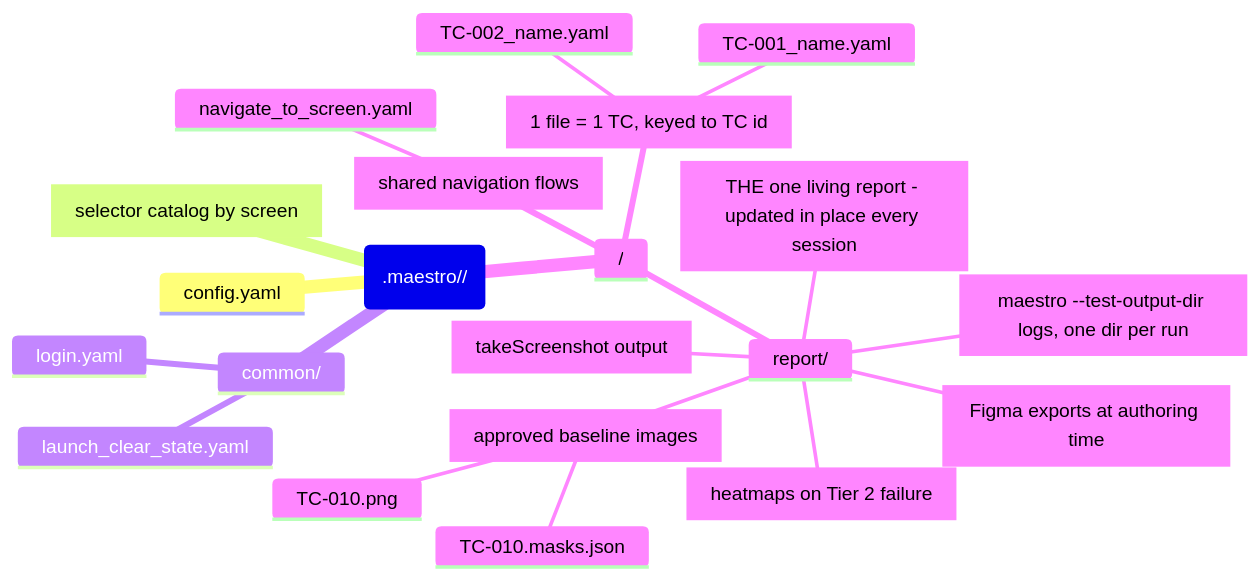
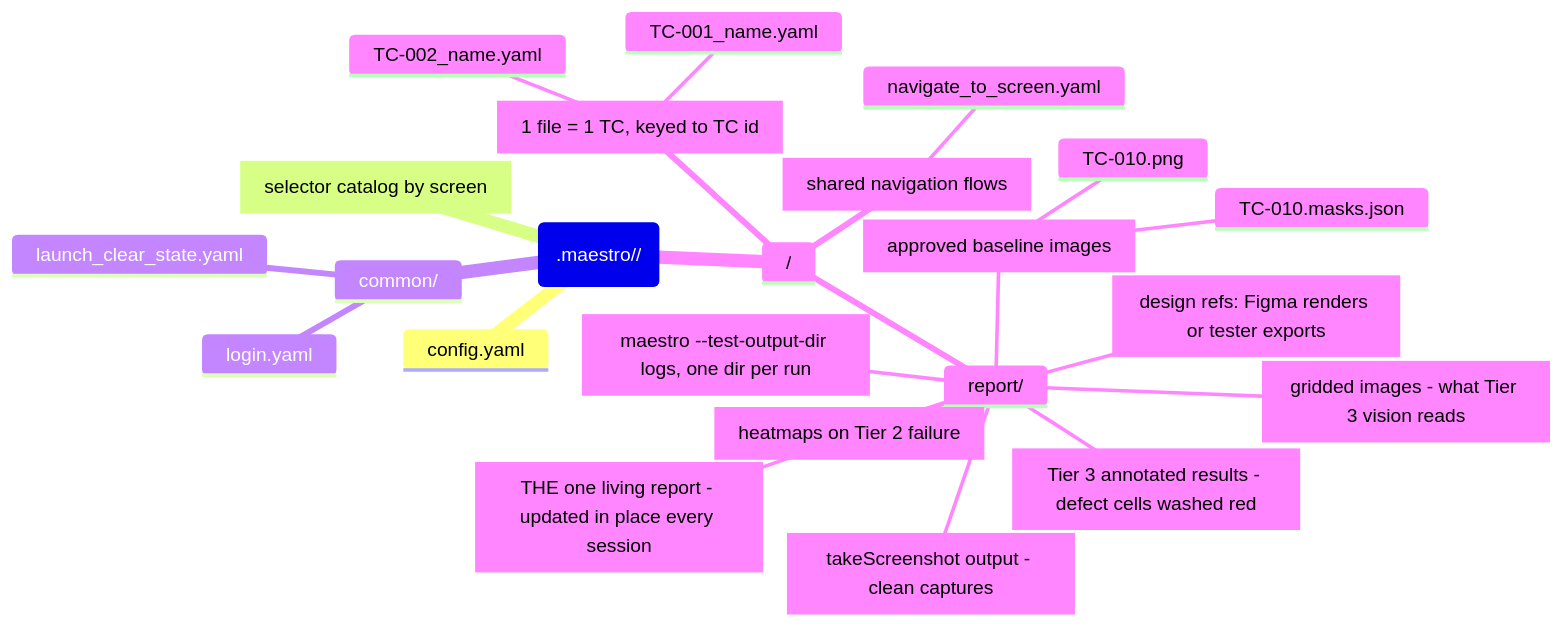
Before and after one commit to anhdo9797/my_skills: the ninth of 11 diagrams in maestro-test-executor/DOC.md, drawn with Mermaid. The commit also changed other lines of this file and 7 other files, not shown here.

````diff
--- a/maestro-test-executor/DOC.md
+++ b/maestro-test-executor/DOC.md
@@ -229,24 +276,26 @@
 ```mermaid
 mindmap
   root(.maestro/<app-id>/)
     config.yaml
     selectors.md [selector catalog by screen]
     common/
       launch_clear_state.yaml
       login.yaml
     <feature-name>/
       testcase/ [1 file = 1 TC, keyed to TC id]
         TC-001_name.yaml
         TC-002_name.yaml
       flow/ [shared navigation flows]
         navigate_to_screen.yaml
       report/
         report.md [THE one living report - updated in place every session]
-        screenshots/ [takeScreenshot output]
-        figma/ [Figma exports at authoring time]
+        screenshots/ [takeScreenshot output - clean captures]
+        figma/ [design refs: Figma renders or tester exports]
         baseline/ [approved baseline images]
           TC-010.png
           TC-010.masks.json
         diff/ [heatmaps on Tier 2 failure]
+        grid/ [gridded images - what Tier 3 vision reads]
+        vision/ [Tier 3 annotated results - defect cells washed red]
         YYYY-MM-DD_HHmm/ [maestro --test-output-dir logs, one dir per run]
 ```
````
